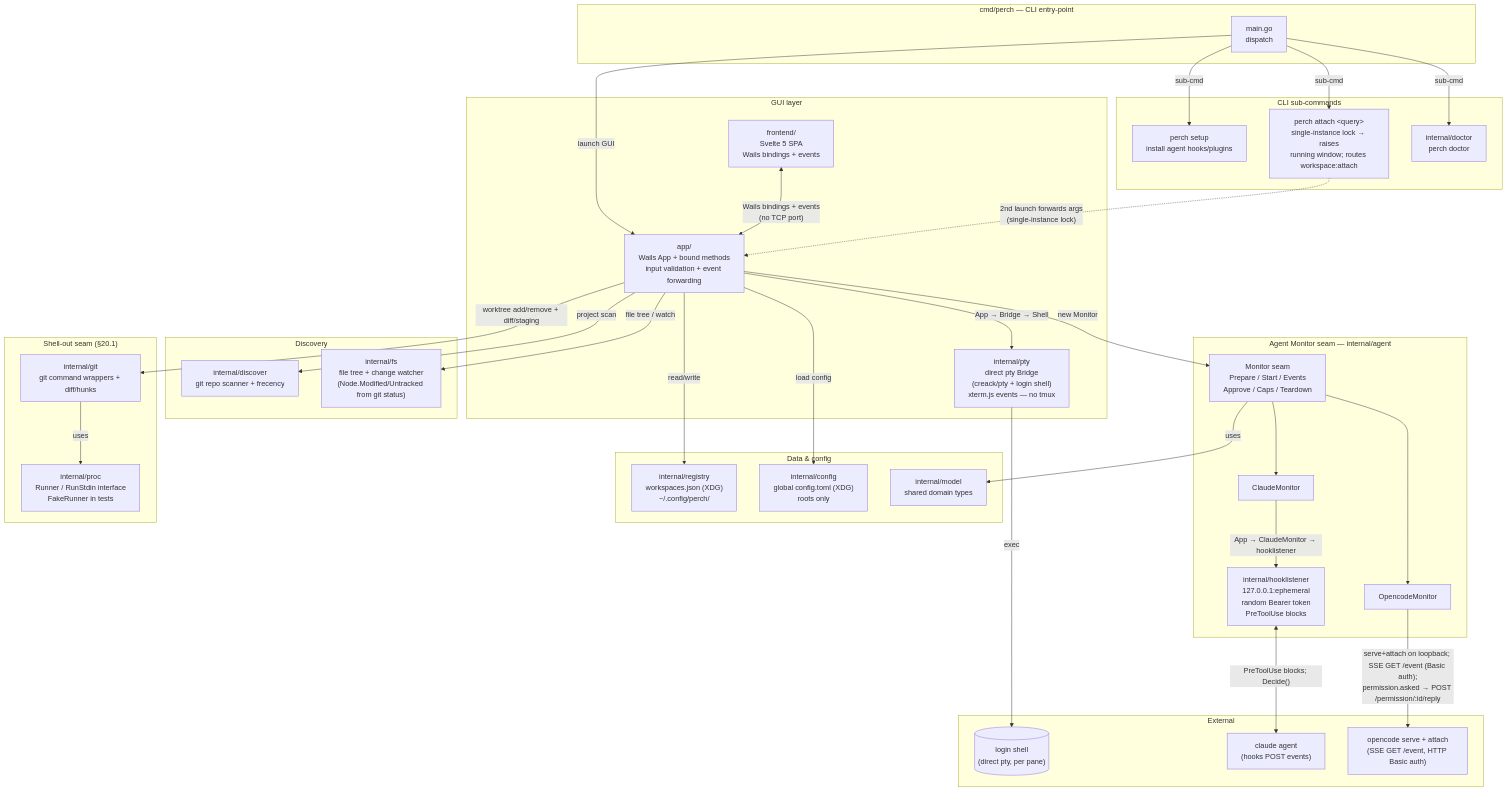
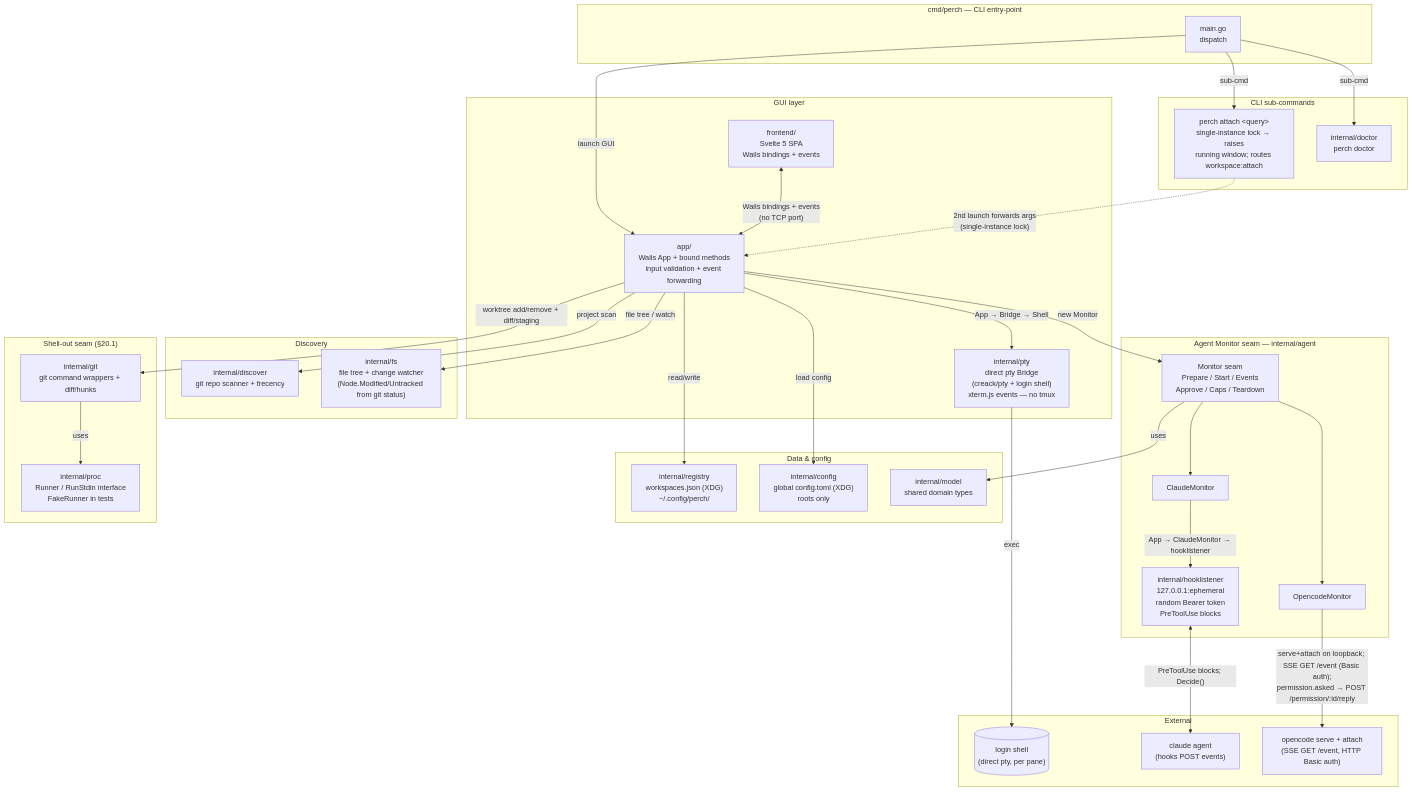
The diagram in docs/diagrams/architecture.mmd (miniature-pug/perch), drawn with Mermaid before and after one commit. The commit also changed 8 other files, not shown here.

First line of the commit message:
docs: sync to perch-setup removal + fix confirmed staleness

```diff
--- a/docs/diagrams/architecture.mmd
+++ b/docs/diagrams/architecture.mmd
@@ -1,72 +1,70 @@
 flowchart TD
     subgraph CLI["cmd/perch — CLI entry-point"]
         main["main.go\ndispatch"]
     end
 
     subgraph GUILayer["GUI layer"]
         apppkg["app/\nWails App + bound methods\ninput validation + event forwarding"]
         pty["internal/pty\ndirect pty Bridge\n(creack/pty + login shell)\nxterm.js events — no tmux"]
         frontend["frontend/\nSvelte 5 SPA\nWails bindings + events"]
     end
 
     subgraph Agents["Agent Monitor seam — internal/agent"]
         monitor["Monitor seam\nPrepare / Start / Events\nApprove / Caps / Teardown"]
         claudemon["ClaudeMonitor"]
         opencodemon["OpencodeMonitor"]
         hooklistener["internal/hooklistener\n127.0.0.1:ephemeral\nrandom Bearer token\nPreToolUse blocks"]
     end
 
     subgraph CLIFlows["CLI sub-commands"]
-        setup["perch setup\ninstall agent hooks/plugins"]
         attach["perch attach &lt;query&gt;\nsingle-instance lock → raises\nrunning window; routes workspace:attach"]
         doctor["internal/doctor\nperch doctor"]
     end
 
     subgraph DataLayer["Data & config"]
         registry["internal/registry\nworkspaces.json (XDG)\n~/.config/perch/"]
         config["internal/config\nglobal config.toml (XDG)\nroots only"]
         model["internal/model\nshared domain types"]
     end
 
     subgraph Discovery["Discovery"]
         discover["internal/discover\ngit repo scanner + frecency"]
         fs["internal/fs\nfile tree + change watcher\n(Node.Modified/Untracked from git status)"]
     end
 
     subgraph ShellSeam["Shell-out seam (§20.1)"]
         proc["internal/proc\nRunner / RunStdin interface\nFakeRunner in tests"]
         git["internal/git\ngit command wrappers + diff/hunks"]
     end
 
     subgraph External["External"]
         shell[("login shell\n(direct pty, per pane)")]
         claudeagent["claude agent\n(hooks POST events)"]
         opencodeagent["opencode serve + attach\n(SSE GET /event, HTTP Basic auth)"]
     end
 
     main -->|"launch GUI"| apppkg
-    main -->|"sub-cmd"| setup
     main -->|"sub-cmd"| attach
     main -->|"sub-cmd"| doctor
 
     frontend <-->|"Wails bindings + events\n(no TCP port)"| apppkg
     apppkg -->|"App → Bridge → Shell"| pty
     apppkg -->|"new Monitor"| monitor
     apppkg -->|"read/write"| registry
     apppkg -->|"load config"| config
     apppkg -->|"worktree add/remove + diff/staging"| git
     apppkg -->|"file tree / watch"| fs
     apppkg -->|"project scan"| discover
 
     pty -->|"exec"| shell
 
     monitor --> claudemon
     monitor --> opencodemon
     claudemon -->|"App → ClaudeMonitor → hooklistener"| hooklistener
     hooklistener <-->|"PreToolUse blocks; Decide()"| claudeagent
     opencodemon -->|"serve+attach on loopback; SSE GET /event (Basic auth);\npermission.asked → POST /permission/:id/reply"| opencodeagent
 
     attach -.->|"2nd launch forwards args\n(single-instance lock)"| apppkg
 
     git -->|"uses"| proc
     monitor -->|"uses"| model
```
